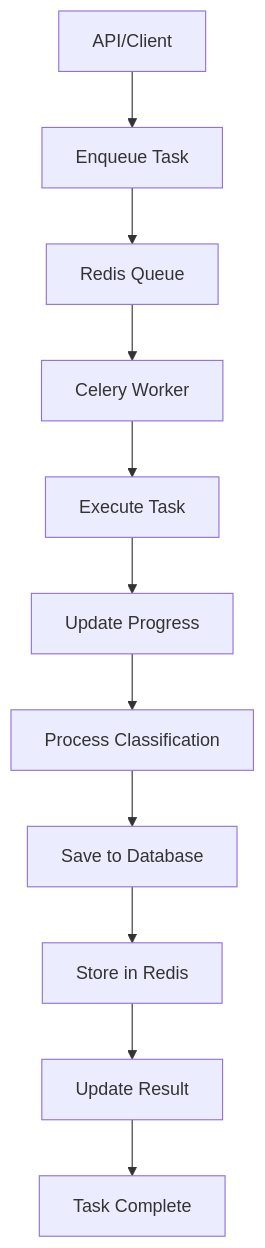
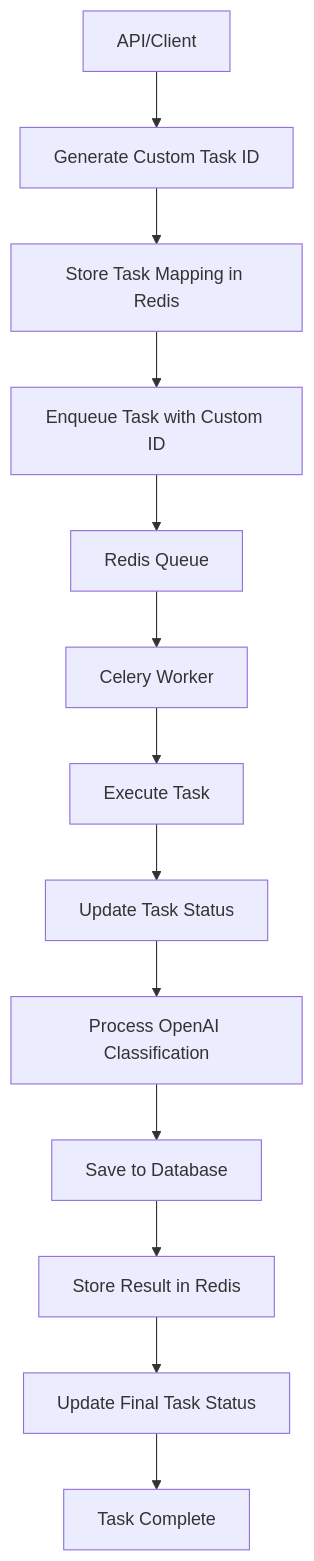
The diagram in workers/README_WORKER.md (tom4stapia/vambe-backend), drawn with Mermaid before and after one commit. The commit also changed other lines of this file and 1 other file, not shown here.

Commit message:
docs: worker readme

````diff
--- a/workers/README_WORKER.md
+++ b/workers/README_WORKER.md
@@ -73,13 +73,15 @@
 ```mermaid
 graph TD
-    A[API/Client] --> B[Enqueue Task]
-    B --> C[Redis Queue]
-    C --> D[Celery Worker]
-    D --> E[Execute Task]
-    E --> F[Update Progress]
-    F --> G[Process Classification]
-    G --> H[Save to Database]
-    H --> I[Store in Redis]
-    I --> J[Update Result]
-    J --> K[Task Complete]
+    A[API/Client] --> B[Generate Custom Task ID]
+    B --> C[Store Task Mapping in Redis]
+    C --> D[Enqueue Task with Custom ID]
+    D --> E[Redis Queue]
+    E --> F[Celery Worker]
+    F --> G[Execute Task]
+    G --> H[Update Task Status]
+    H --> I[Process OpenAI Classification]
+    I --> J[Save to Database]
+    J --> K[Store Result in Redis]
+    K --> L[Update Final Task Status]
+    L --> M[Task Complete]
 ```
````
